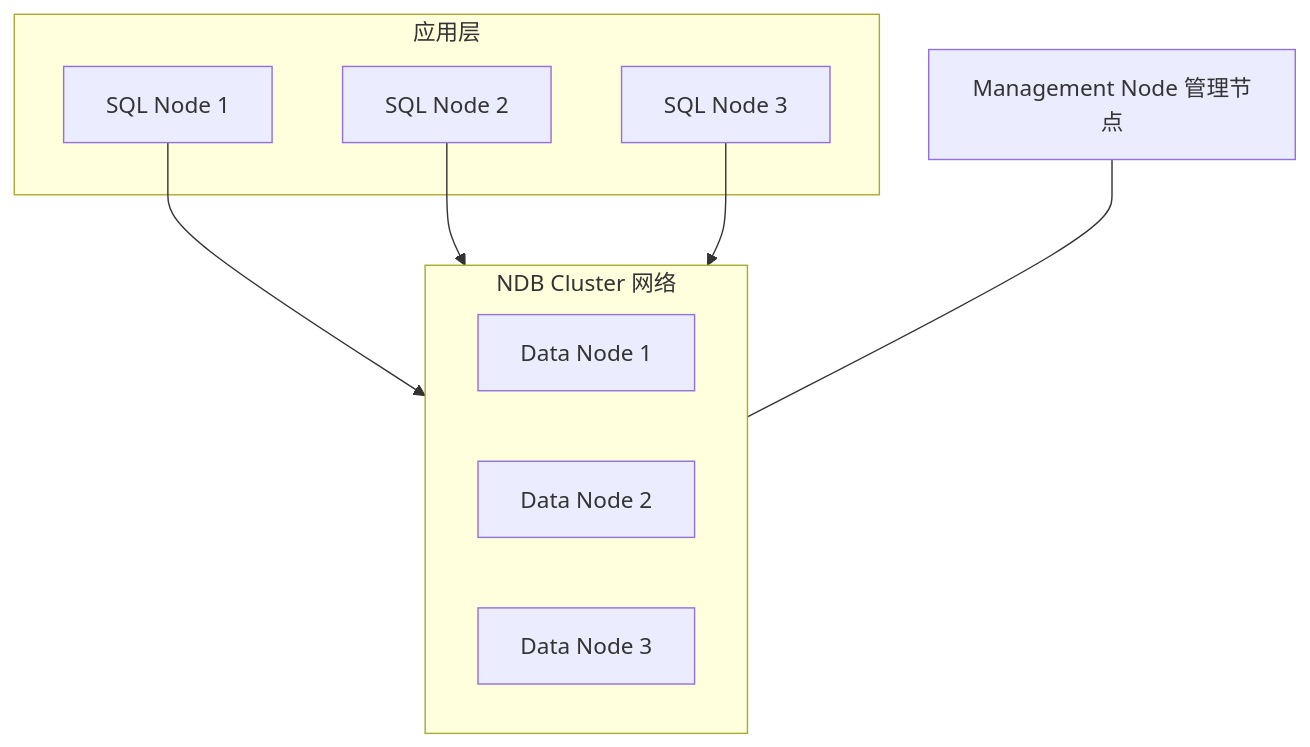
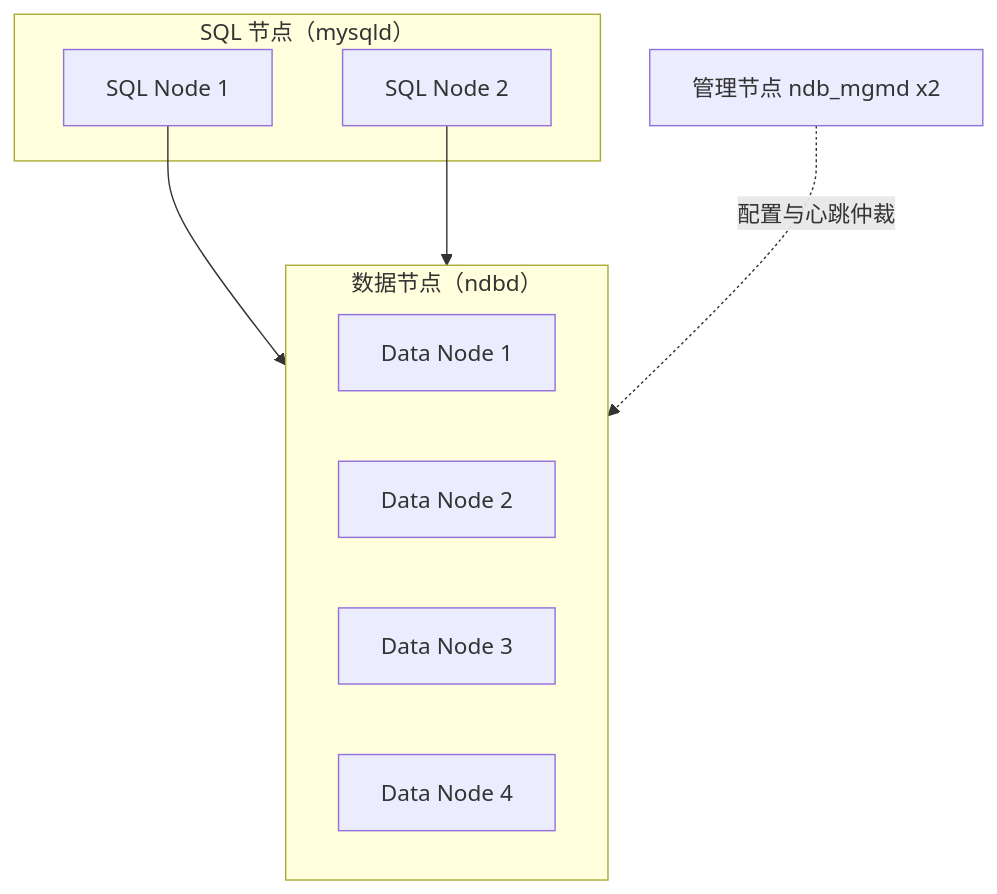
Before and after one commit to fanquanpp/FANDEX: the diagram in cnt-content/full/017-mysql/200-NDBCluster.md, drawn with Mermaid. The commit also changed other lines of this file and 2 other files, not shown here.

First line of the commit message:
feat(content): MySQL 视图与存储引擎三篇教学化重写

````diff
--- a/cnt-content/full/017-mysql/200-NDBCluster.md
+++ b/cnt-content/full/017-mysql/200-NDBCluster.md
@@ -37,18 +32,17 @@
 ```mermaid
 flowchart TD
-    subgraph App[应用层]
-        N1[SQL Node 1]
-        N2[SQL Node 2]
-        N3[SQL Node 3]
+    subgraph SQL["SQL 节点（mysqld）"]
+        S1[SQL Node 1]
+        S2[SQL Node 2]
     end
-    subgraph Net[NDB Cluster 网络]
+    subgraph DATA["数据节点（ndbd）"]
         D1[Data Node 1]
         D2[Data Node 2]
         D3[Data Node 3]
+        D4[Data Node 4]
     end
-    M[Management Node 管理节点]
-    N1 --> Net
-    N2 --> Net
-    N3 --> Net
-    M --- Net
+    M[管理节点 ndb_mgmd x2]
+    S1 --> DATA
+    S2 --> DATA
+    M -. 配置与心跳仲裁 .-> DATA
 ```
````
